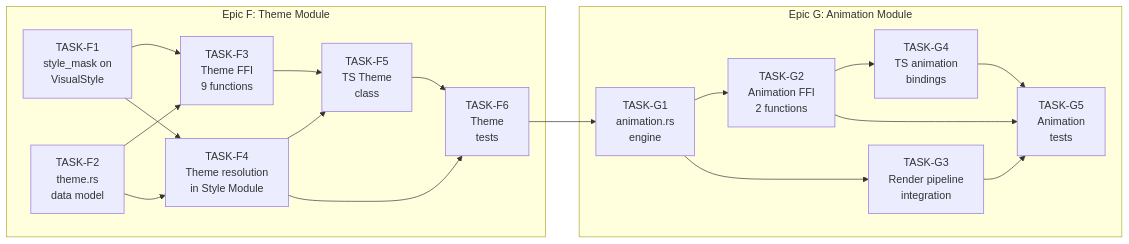
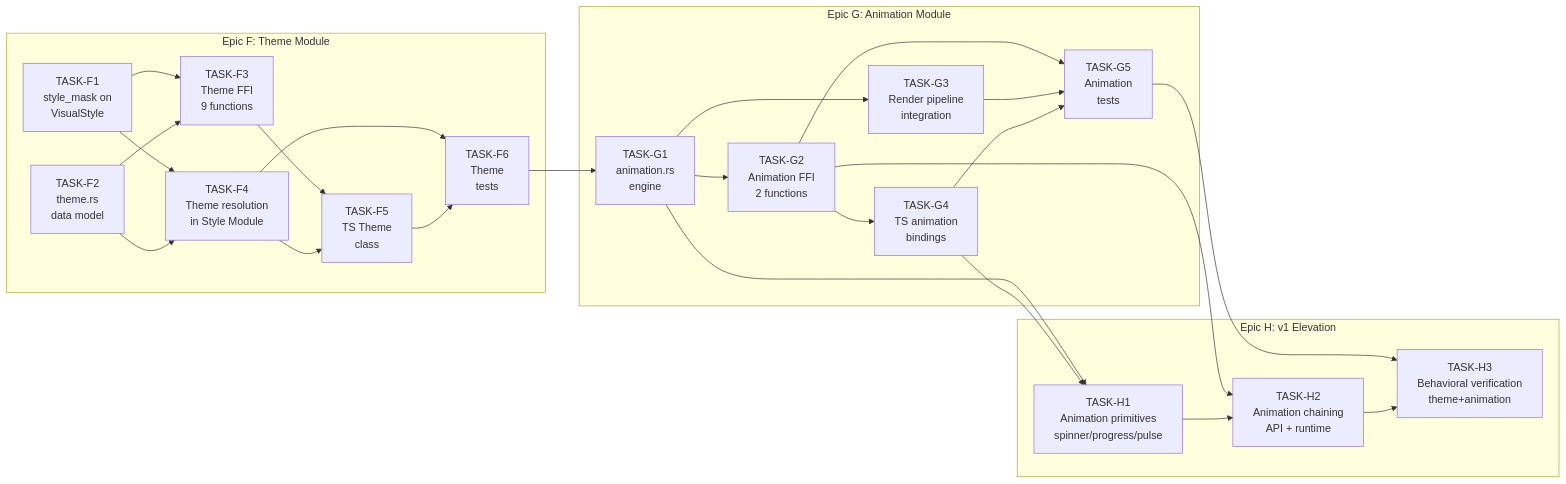
The diagram in docs/Tasks.md (openkraken-ai/kraken-tui), drawn with Mermaid before and after one commit. The commit also changed other lines of this file and 5 other files, not shown here.

````diff
--- a/docs/Tasks.md
+++ b/docs/Tasks.md
@@ -60,35 +68,47 @@
 ```mermaid
 flowchart LR
     subgraph "Epic F: Theme Module"
         F1[TASK-F1<br/>style_mask on<br/>VisualStyle]
         F2[TASK-F2<br/>theme.rs<br/>data model]
         F3[TASK-F3<br/>Theme FFI<br/>9 functions]
         F4[TASK-F4<br/>Theme resolution<br/>in Style Module]
         F5[TASK-F5<br/>TS Theme<br/>class]
         F6[TASK-F6<br/>Theme<br/>tests]
     end
 
     subgraph "Epic G: Animation Module"
         G1[TASK-G1<br/>animation.rs<br/>engine]
         G2[TASK-G2<br/>Animation FFI<br/>2 functions]
         G3[TASK-G3<br/>Render pipeline<br/>integration]
         G4[TASK-G4<br/>TS animation<br/>bindings]
         G5[TASK-G5<br/>Animation<br/>tests]
     end
 
+    subgraph "Epic H: v1 Elevation"
+        H1[TASK-H1<br/>Animation primitives<br/>spinner/progress/pulse]
+        H2[TASK-H2<br/>Animation chaining<br/>API + runtime]
+        H3[TASK-H3<br/>Behavioral verification<br/>theme+animation]
+    end
+
     F1 --> F3
     F1 --> F4
     F2 --> F3
     F2 --> F4
     F3 --> F5
     F4 --> F5
     F4 --> F6
     F5 --> F6
     G1 --> G2
     G1 --> G3
     G2 --> G4
     G2 --> G5
     G3 --> G5
     G4 --> G5
+    G1 --> H1
+    G4 --> H1
+    G2 --> H2
+    H1 --> H2
+    G5 --> H3
+    H2 --> H3
     F6 --> G1
 ```
````
